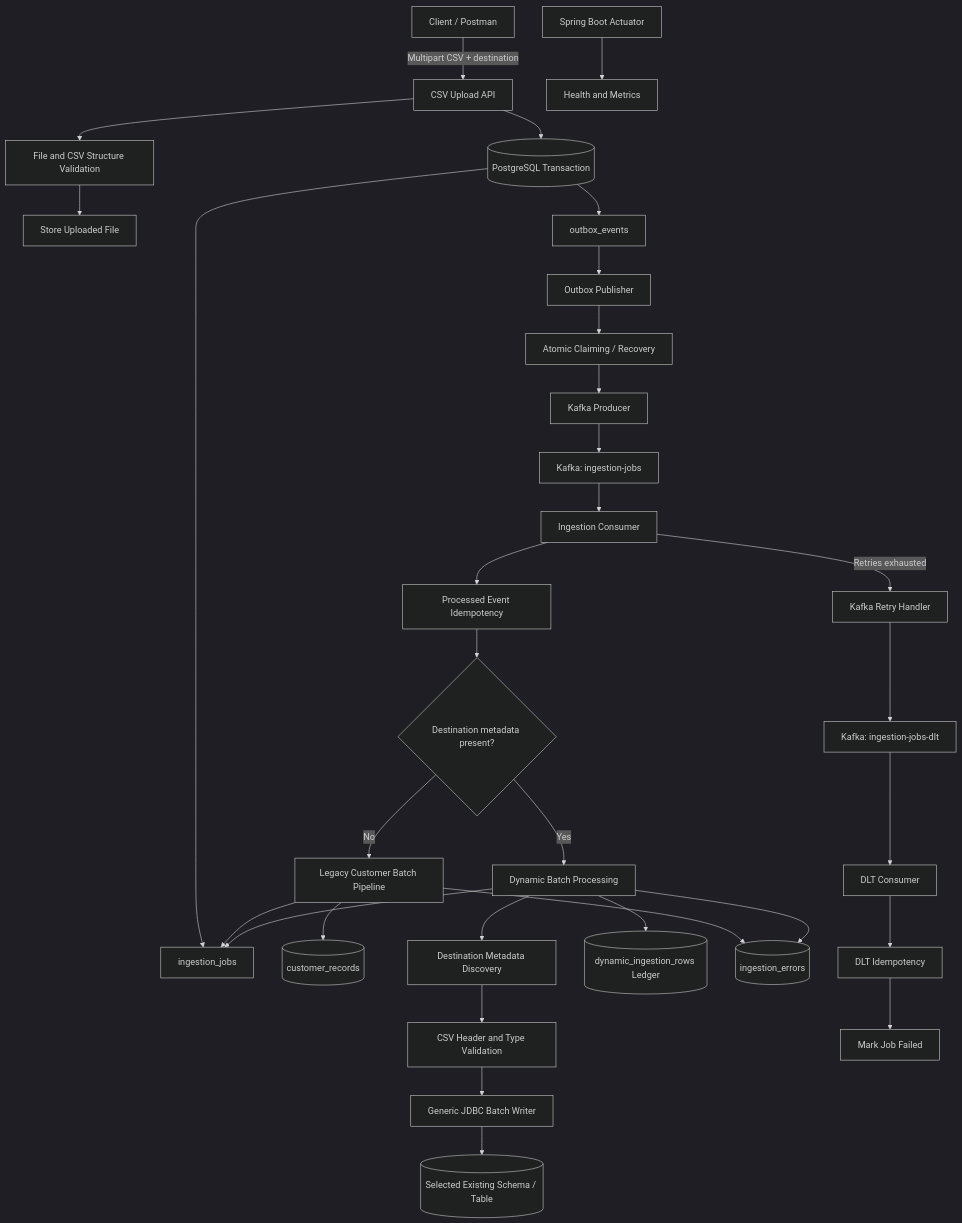
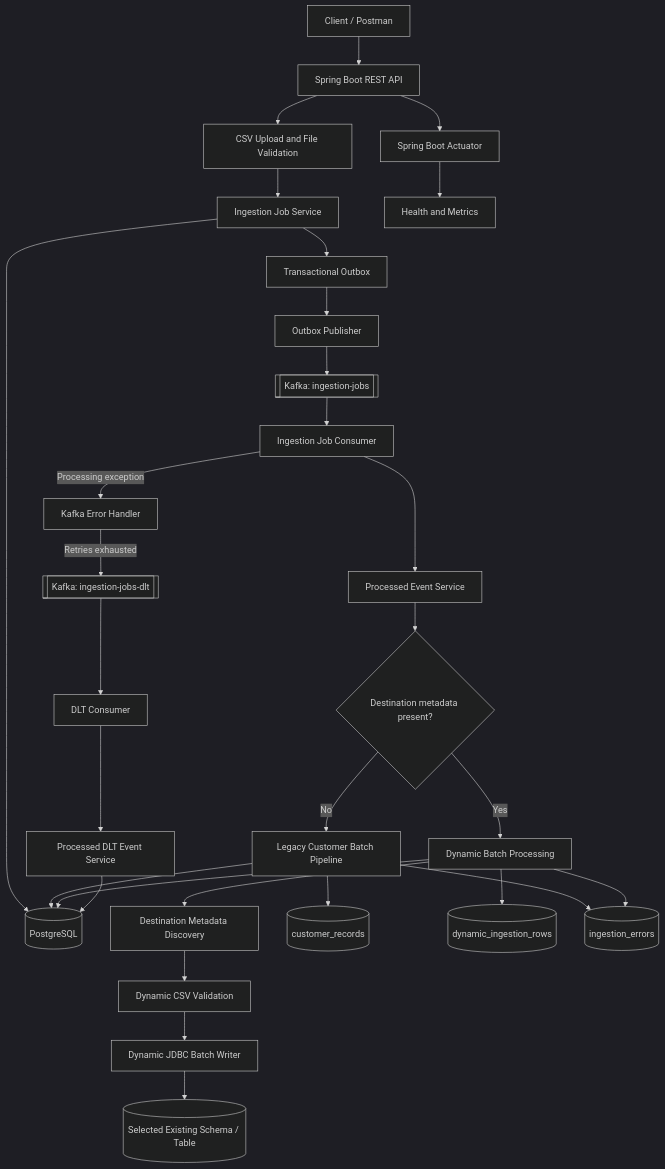
Before and after one commit to codewithsurya27/distributed-data-platform: the diagram in README.md, drawn with Mermaid (dark theme). The commit also changed other lines of this file and 5 other files, not shown here.

Commit message:
docs: improve README and add architecture screenshots

````diff
--- a/README.md
+++ b/README.md
@@ -79,41 +112,67 @@
-```mermaid
-flowchart TD
-    A[Client / Postman] -->|Multipart CSV + destination| B[CSV Upload API]
-    B --> C[File and CSV Structure Validation]
-    C --> D[Store Uploaded File]
-    B --> E[(PostgreSQL Transaction)]
-    E --> F[ingestion_jobs]
-    E --> G[outbox_events]
+``` mermaid
+flowchart TB
+    Client["Client / Postman"]
+    API["Spring Boot REST API"]
+    Upload["CSV Upload and File Validation"]
+    Job["Ingestion Job Service"]
+    DB[("PostgreSQL")]
+    Outbox["Transactional Outbox"]
+    Publisher["Outbox Publisher"]
+    Kafka[["Kafka: ingestion-jobs"]]
+    Consumer["Ingestion Job Consumer"]
+    EventGuard["Processed Event Service"]
+    Route{"Destination metadata present?"}
 
-    G --> H[Outbox Publisher]
-    H --> I[Atomic Claiming / Recovery]
-    I --> J[Kafka Producer]
-    J --> K[Kafka: ingestion-jobs]
+    Legacy["Legacy Customer Batch Pipeline"]
+    Dynamic["Dynamic Batch Processing"]
+    Metadata["Destination Metadata Discovery"]
+    Validator["Dynamic CSV Validation"]
+    Writer["Dynamic JDBC Batch Writer"]
+    Customer[("customer_records")]
+    Destination[("Selected Existing Schema / Table")]
+    Ledger[("dynamic_ingestion_rows")]
+    Errors[("ingestion_errors")]
 
-    K --> L[Ingestion Consumer]
-    L --> M[Processed Event Idempotency]
-    M --> N{Destination metadata present?}
+    Retry["Kafka Error Handler"]
+    DLT[["Kafka: ingestion-jobs-dlt"]]
+    DLTConsumer["DLT Consumer"]
+    DLTService["Processed DLT Event Service"]
 
-    N -->|No| O[Legacy Customer Batch Pipeline]
-    O --> P[(customer_records)]
+    Actuator["Spring Boot Actuator"]
+    Metrics["Health and Metrics"]
 
-    N -->|Yes| Q[Dynamic Batch Processing]
-    Q --> R[Destination Metadata Discovery]
-    R --> S[CSV Header and Type Validation]
-    S --> T[Generic JDBC Batch Writer]
-    T --> U[(Selected Existing Schema / Table)]
-    Q --> V[(dynamic_ingestion_rows Ledger)]
+    Client --> API
+    API --> Upload
+    Upload --> Job
+    Job --> DB
+    Job --> Outbox
+    Outbox --> Publisher
+    Publisher --> Kafka
+    Kafka --> Consumer
+    Consumer --> EventGuard
+    EventGuard --> Route
 
-    O --> W[(ingestion_errors)]
-    Q --> W
-    O --> F
-    Q --> F
+    Route -->|"No"| Legacy
+    Legacy --> Customer
+    Legacy --> Errors
 
-    L -->|Retries exhausted| X[Kafka Retry Handler]
-    X --> Y[Kafka: ingestion-jobs-dlt]
-    Y --> Z[DLT Consumer]
-    Z --> AA[DLT Idempotency]
-    AA --> AB[Mark Job Failed]
+    Route -->|"Yes"| Dynamic
+    Dynamic --> Metadata
+    Metadata --> Validator
+    Validator --> Writer
+    Writer --> Destination
+    Dynamic --> Ledger
+    Dynamic --> Errors
 
-    AC[Spring Boot Actuator] --> AD[Health and Metrics]
+    Legacy --> DB
+    Dynamic --> DB
+
+    Consumer -->|"Processing exception"| Retry
+    Retry -->|"Retries exhausted"| DLT
+    DLT --> DLTConsumer
+    DLTConsumer --> DLTService
+    DLTService --> DB
+
+    API --> Actuator
+    Actuator --> Metrics
 ```
````
